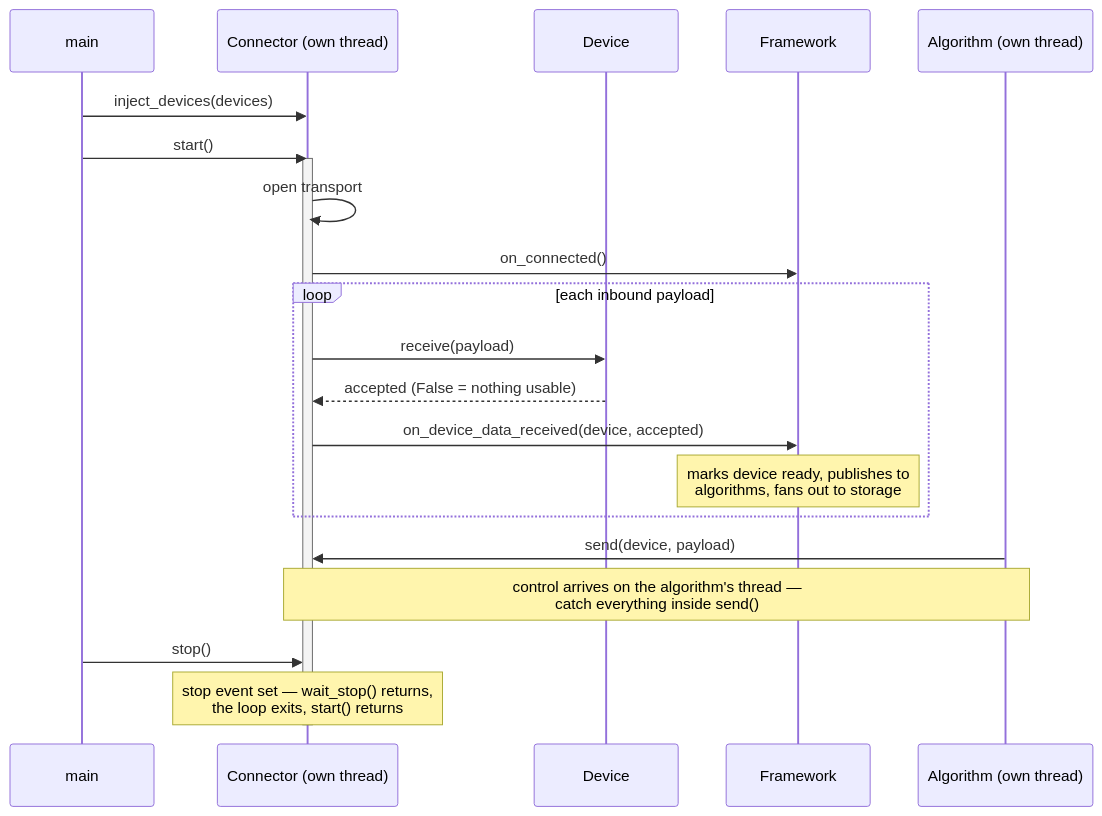
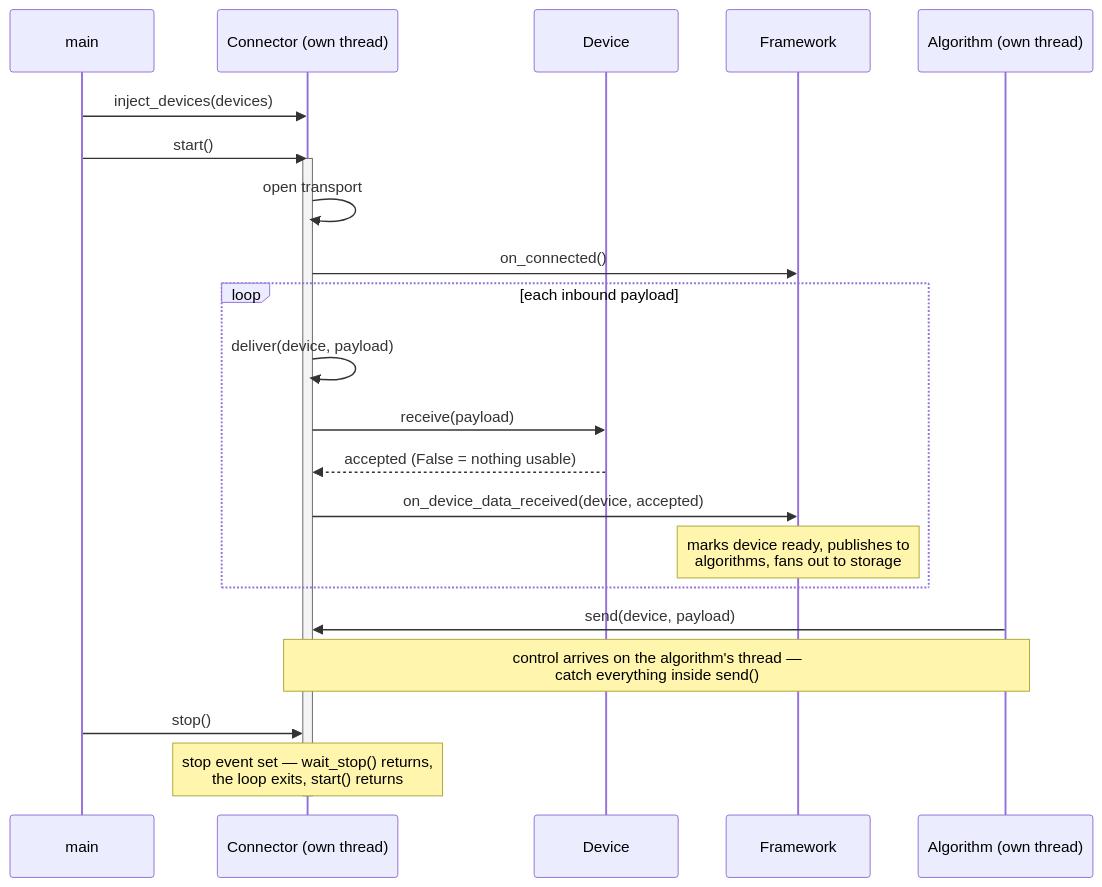
The diagram in src/content/docs/contribute/your-first-connector.md (Motrix-Energy/Motrix-Energy.github.io), drawn with Mermaid before and after one commit. The commit also changed other lines of this file and 13 other files, not shown here.

````diff
--- a/src/content/docs/contribute/your-first-connector.md
+++ b/src/content/docs/contribute/your-first-connector.md
@@ -16,25 +16,26 @@
 ```mermaid
 sequenceDiagram
 	participant M as main
 	participant C as Connector (own thread)
 	participant D as Device
 	participant F as Framework
 	participant A as Algorithm (own thread)
 
 	M->>C: inject_devices(devices)
 	M->>C: start()
 	activate C
 	C->>C: open transport
 	C->>F: on_connected()
 	loop each inbound payload
-		C->>D: receive(payload)
+		C->>C: deliver(device, payload)
+	C->>D: receive(payload)
 		D-->>C: accepted (False = nothing usable)
 		C->>F: on_device_data_received(device, accepted)
 		Note over F: marks device ready, publishes to<br/>algorithms, fans out to storage
 	end
 	A->>C: send(device, payload)
 	Note over A,C: control arrives on the algorithm's thread —<br/>catch everything inside send()
 	M->>C: stop()
 	Note over C: stop event set — wait_stop() returns,<br/>the loop exits, start() returns
 	deactivate C
 ```
````
